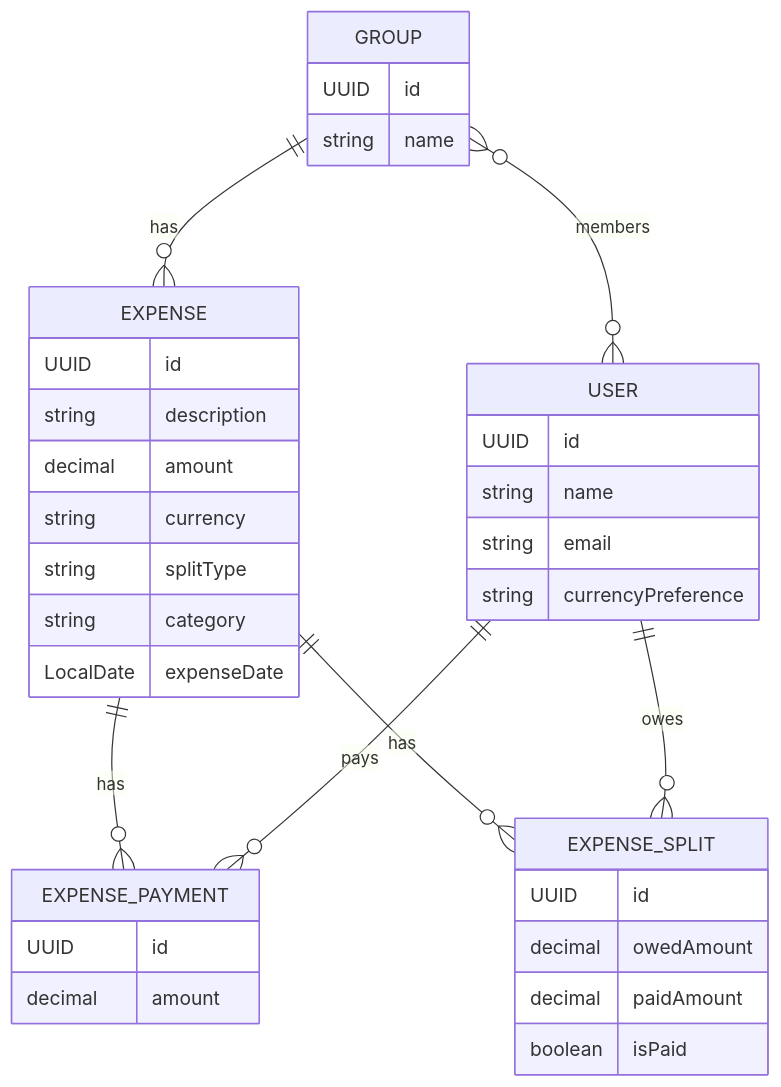
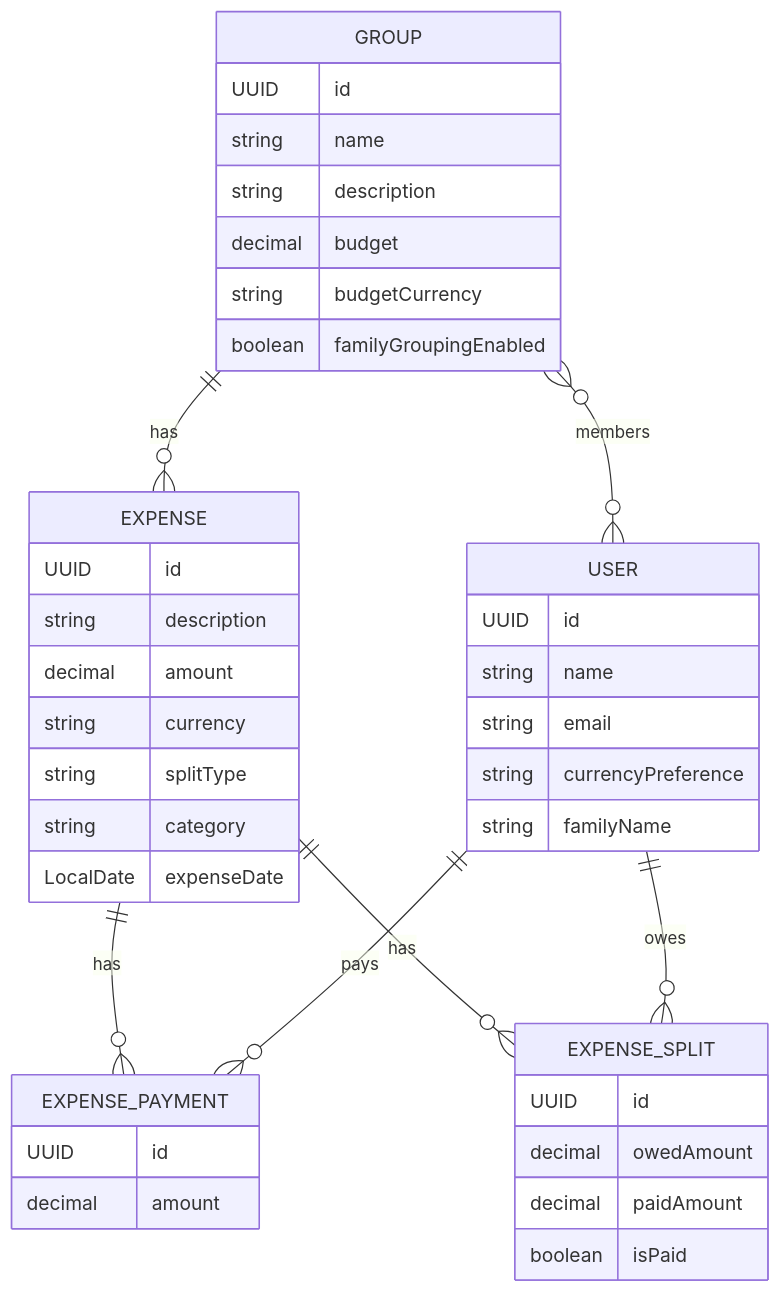
The second of 5 diagrams in README.md (malcolm-cephas/Expense_Splitter), drawn with Mermaid before and after one commit. The commit also changed other lines of this file and 18 other files, not shown here.

````diff
--- a/README.md
+++ b/README.md
@@ -191,44 +203,49 @@
 ```mermaid
 erDiagram
 
 GROUP ||--o{ EXPENSE : has
 GROUP }o--o{ USER : members
 EXPENSE ||--o{ EXPENSE_PAYMENT : has
 EXPENSE ||--o{ EXPENSE_SPLIT : has
 USER ||--o{ EXPENSE_PAYMENT : pays
 USER ||--o{ EXPENSE_SPLIT : owes
 
 GROUP {
   UUID id
   string name
+  string description
+  decimal budget
+  string budgetCurrency
+  boolean familyGroupingEnabled
 }
 
 USER {
   UUID id
   string name
   string email
   string currencyPreference
+  string familyName
 }
 
 EXPENSE {
   UUID id
   string description
   decimal amount
   string currency
   string splitType
   string category
   LocalDate expenseDate
 }
 
 EXPENSE_PAYMENT {
   UUID id
   decimal amount
 }
 
 EXPENSE_SPLIT {
   UUID id
   decimal owedAmount
   decimal paidAmount
   boolean isPaid
 }
 ```
````
